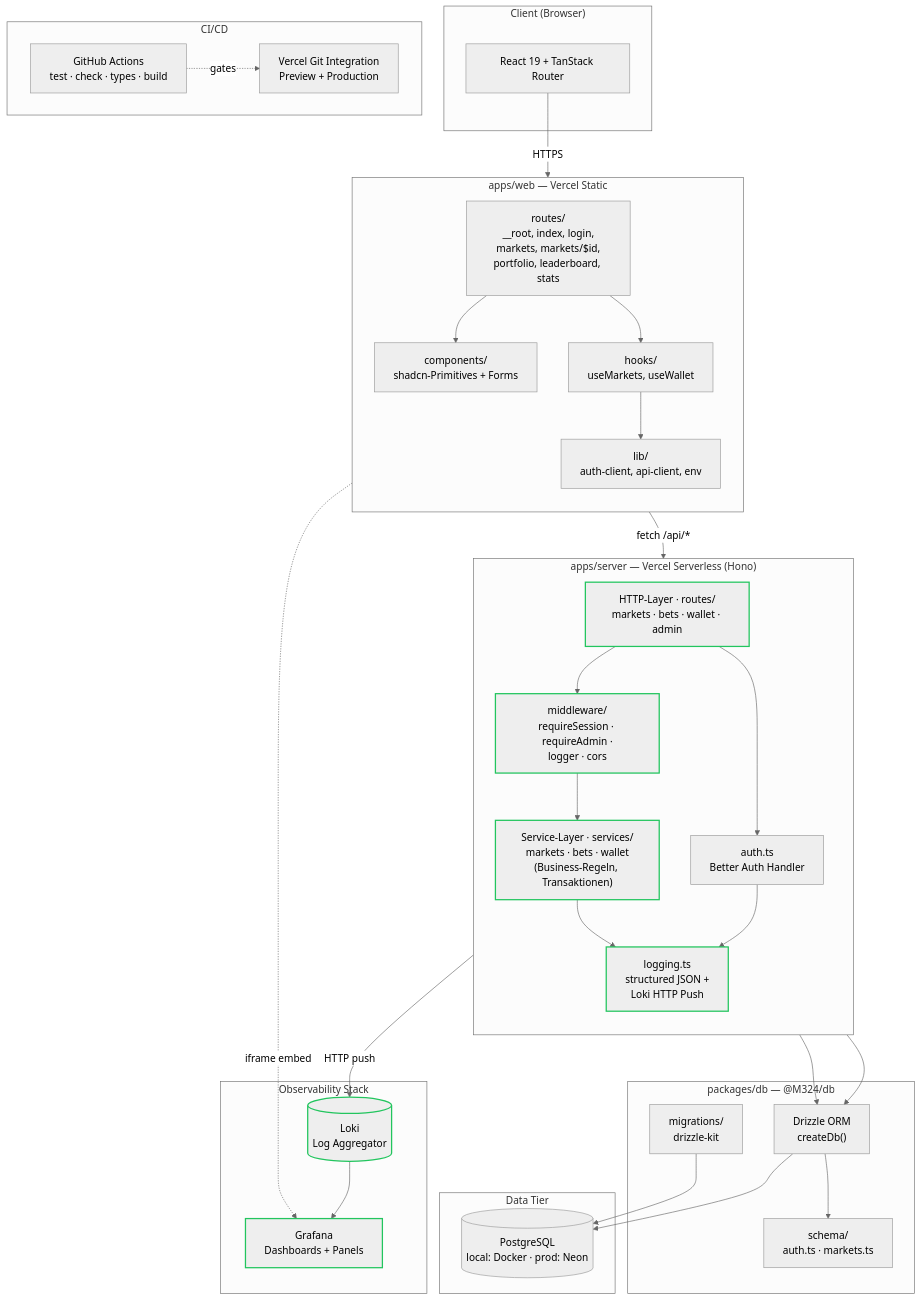
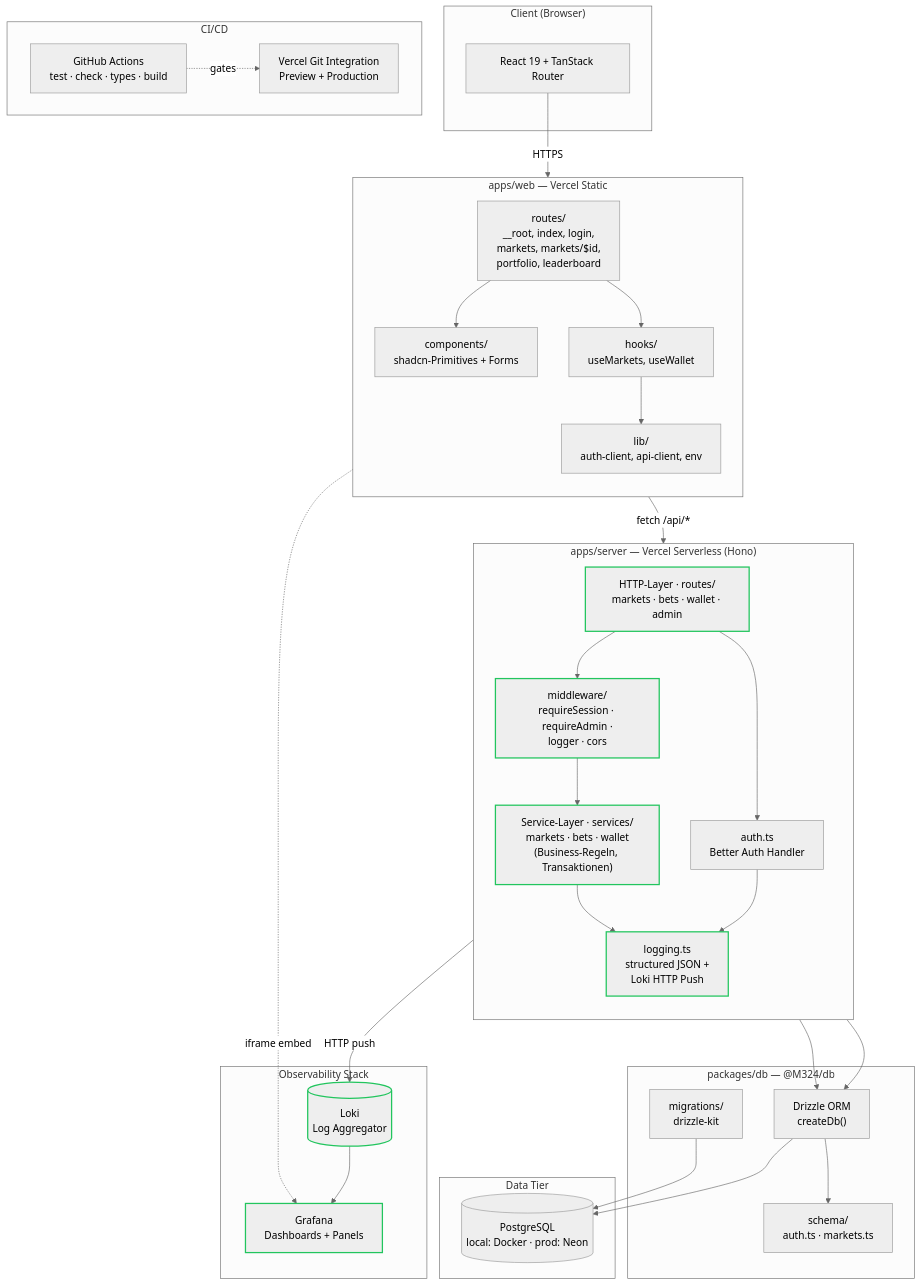
Before and after one commit to RiciYT/M324: the first of 2 diagrams in docs/architecture.md, drawn with Mermaid (neutral theme). The commit also changed other lines of this file and 6 other files, not shown here.

````diff
--- a/docs/architecture.md
+++ b/docs/architecture.md
@@ -42,66 +41,66 @@
 ```mermaid
 flowchart TB
     subgraph Client["Client (Browser)"]
         UI[React 19 + TanStack Router]
     end
 
     subgraph Web["apps/web — Vercel Static"]
         direction TB
-        Routes["routes/<br/>__root, index, login,<br/>markets, markets/$id,<br/>portfolio, leaderboard, stats"]
+        Routes["routes/<br/>__root, index, login,<br/>markets, markets/$id,<br/>portfolio, leaderboard"]
         Components["components/<br/>shadcn-Primitives + Forms"]
         Hooks["hooks/<br/>useMarkets, useWallet"]
         Lib["lib/<br/>auth-client, api-client, env"]
         Routes --> Components
         Routes --> Hooks
         Hooks --> Lib
     end
 
     subgraph Server["apps/server — Vercel Serverless (Hono)"]
         direction TB
         HTTP["HTTP-Layer · routes/<br/>markets · bets · wallet · admin"]
         Middleware["middleware/<br/>requireSession · requireAdmin ·<br/>logger · cors"]
         Service["Service-Layer · services/<br/>markets · bets · wallet<br/>(Business-Regeln, Transaktionen)"]
         AuthMod["auth.ts<br/>Better Auth Handler"]
         Logging["logging.ts<br/>structured JSON +<br/>Loki HTTP Push"]
         HTTP --> Middleware
         Middleware --> Service
         HTTP --> AuthMod
         Service --> Logging
         AuthMod --> Logging
     end
 
     subgraph DB["packages/db — @M324/db"]
         Drizzle["Drizzle ORM<br/>createDb()"]
         Schema["schema/<br/>auth.ts · markets.ts"]
         Migrations["migrations/<br/>drizzle-kit"]
         Drizzle --> Schema
     end
 
     subgraph Data["Data Tier"]
         PG[("PostgreSQL<br/>local: Docker · prod: Neon")]
     end
 
     subgraph Obs["Observability Stack"]
         Loki[("Loki<br/>Log Aggregator")]
         Grafana["Grafana<br/>Dashboards + Panels"]
         Loki --> Grafana
     end
 
     subgraph CI["CI/CD"]
         GH["GitHub Actions<br/>test · check · types · build"]
         Vercel["Vercel Git Integration<br/>Preview + Production"]
         GH -.gates.-> Vercel
     end
 
     UI -- HTTPS --> Routes
     Routes -- "fetch /api/*" --> HTTP
     Routes -. "iframe embed" .-> Grafana
     AuthMod --> Drizzle
     Service --> Drizzle
     Drizzle --> PG
     Logging -- "HTTP push" --> Loki
     Migrations --> PG
 
     classDef new stroke:#22c55e,stroke-width:2px;
     class HTTP,Service,Middleware,Logging,Loki,Grafana new;
 ```
````
